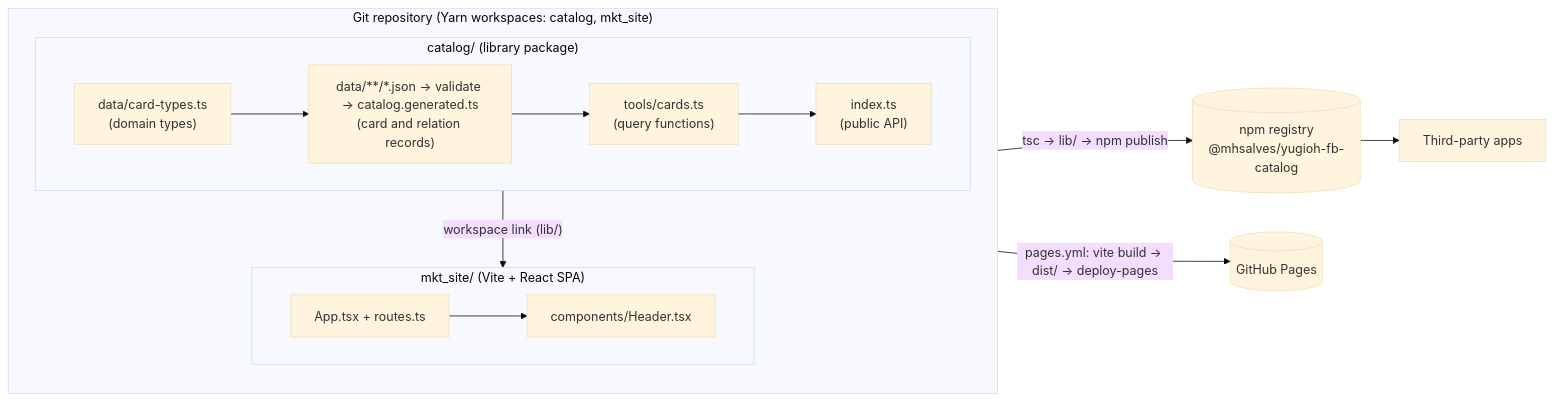
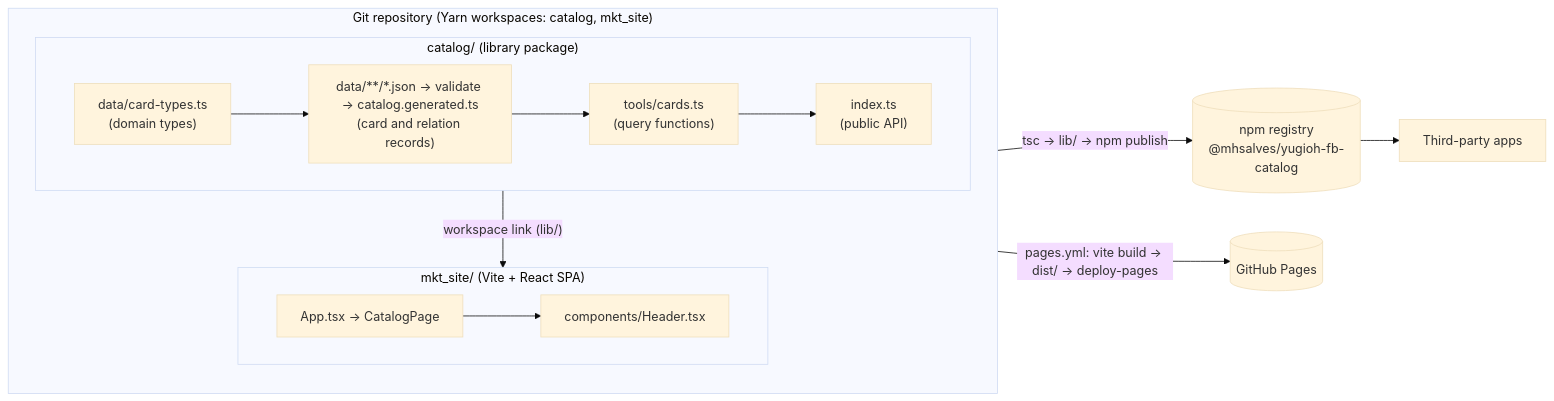
Before and after one commit to mhsalves/yugioh-fb-catalog: the first of 4 diagrams in docs/ARCHITECTURE.md, drawn with Mermaid (base theme). The commit also changed other lines of this file and 17 other files, not shown here.

First line of the commit message:
feat(site): Build the single catalog page (spec 09)

````diff
--- a/docs/ARCHITECTURE.md
+++ b/docs/ARCHITECTURE.md
@@ -22,23 +22,23 @@
 ```mermaid
 flowchart LR
     subgraph repo["Git repository (Yarn workspaces: catalog, mkt_site)"]
         direction TB
         subgraph catalog["catalog/ (library package)"]
             types["data/card-types.ts<br/>(domain types)"]
             data["data/**/*.json → validate → catalog.generated.ts<br/>(card and relation records)"]
             tools["tools/cards.ts<br/>(query functions)"]
             entry["index.ts<br/>(public API)"]
             types --> data --> tools --> entry
         end
         subgraph site["mkt_site/ (Vite + React SPA)"]
-            app["App.tsx + routes.ts"]
+            app["App.tsx → CatalogPage"]
             header["components/Header.tsx"]
             app --> header
         end
         catalog -- "workspace link (lib/)" --> site
     end
 
     catalog -- "tsc → lib/ → npm publish" --> npm[("npm registry<br/>@mhsalves/yugioh-fb-catalog")]
     site -- "pages.yml: vite build → dist/ → deploy-pages" --> pages[("GitHub Pages")]
     npm --> consumers["Third-party apps"]
 ```
````
